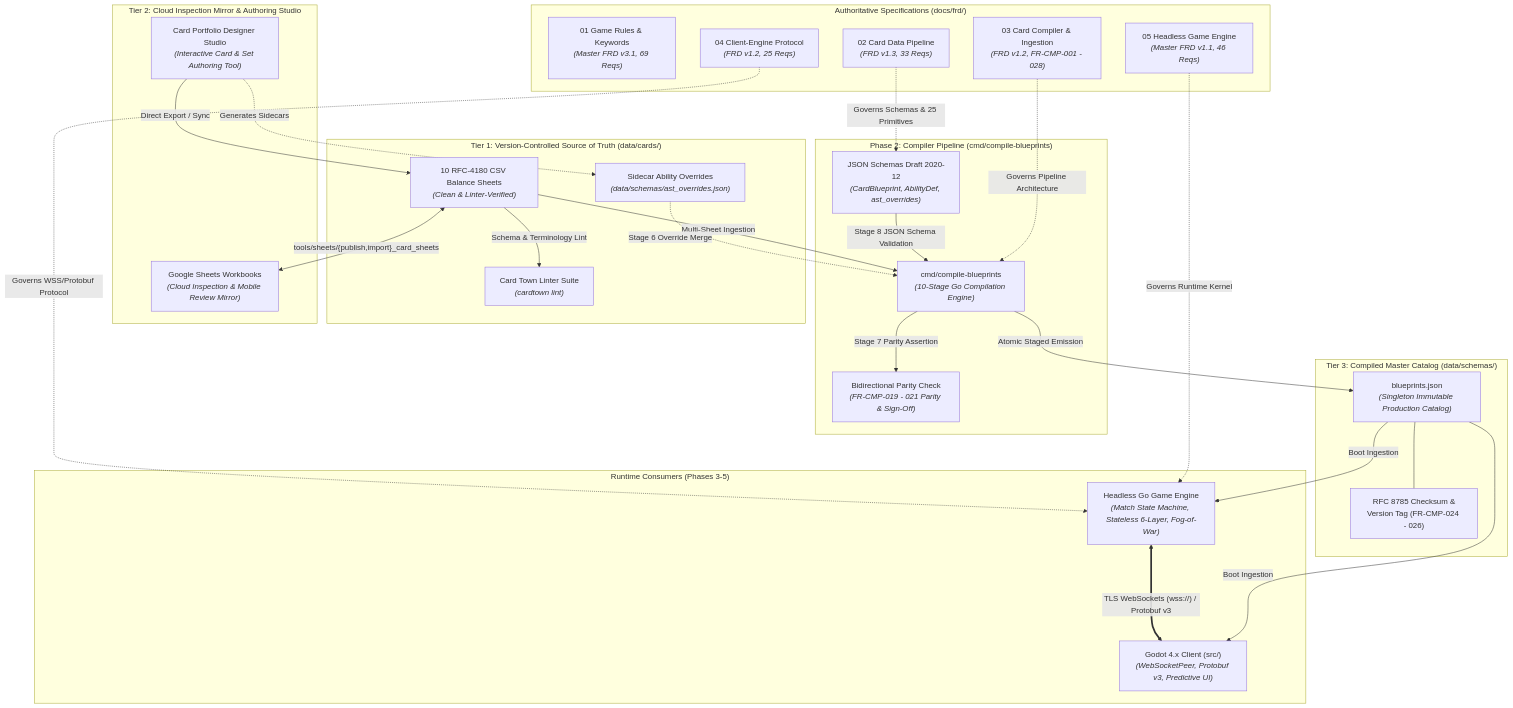
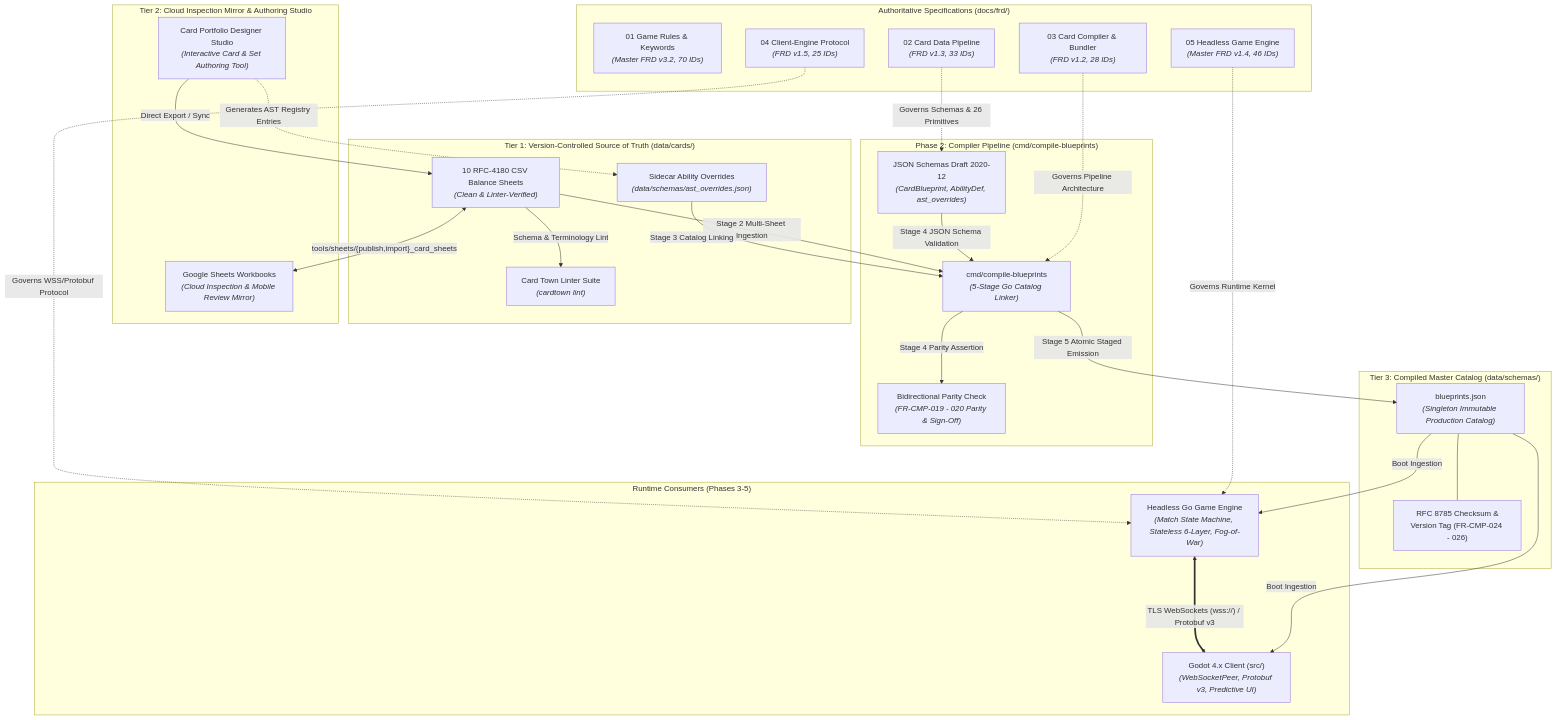
The first of 2 diagrams in docs/PRODUCT_SUMMARY.md (hailstorm01/animus-mundi), drawn with Mermaid before and after one commit. The commit also changed other lines of this file, not shown here.

First line of the commit message:
docs(product): sync product summary with FRDs 01-05 via pm-frd-drafter analysis

````diff
--- a/docs/PRODUCT_SUMMARY.md
+++ b/docs/PRODUCT_SUMMARY.md
@@ -124,55 +129,55 @@
 ```mermaid
 flowchart TD
     subgraph Tier1["Tier 1: Version-Controlled Source of Truth (data/cards/)"]
         CSV["10 RFC-4180 CSV Balance Sheets<br/><i>(Clean & Linter-Verified)</i>"]
         Overrides["Sidecar Ability Overrides<br/><i>(data/schemas/ast_overrides.json)</i>"]
         LinterSuite["Card Town Linter Suite<br/><i>(cardtown lint)</i>"]
     end
 
     subgraph Tier2["Tier 2: Cloud Inspection Mirror & Authoring Studio"]
         GS["Google Sheets Workbooks<br/><i>(Cloud Inspection & Mobile Review Mirror)</i>"]
         Studio["Card Portfolio Designer Studio<br/><i>(Interactive Card & Set Authoring Tool)</i>"]
     end
 
     subgraph Specs["Authoritative Specifications (docs/frd/)"]
-        FRD_Rules["01 Game Rules & Keywords<br/><i>(Master FRD v3.1, 69 Reqs)</i>"]
-        FRD_Pipe["02 Card Data Pipeline<br/><i>(FRD v1.3, 33 Reqs)</i>"]
-        FRD_Comp["03 Card Compiler & Ingestion<br/><i>(FRD v1.2, FR-CMP-001 - 028)</i>"]
-        FRD_Net["04 Client-Engine Protocol<br/><i>(FRD v1.2, 25 Reqs)</i>"]
-        FRD_Eng["05 Headless Game Engine<br/><i>(Master FRD v1.1, 46 Reqs)</i>"]
+        FRD_Rules["01 Game Rules & Keywords<br/><i>(Master FRD v3.2, 70 IDs)</i>"]
+        FRD_Pipe["02 Card Data Pipeline<br/><i>(FRD v1.3, 33 IDs)</i>"]
+        FRD_Comp["03 Card Compiler & Bundler<br/><i>(FRD v1.2, 28 IDs)</i>"]
+        FRD_Net["04 Client-Engine Protocol<br/><i>(FRD v1.5, 25 IDs)</i>"]
+        FRD_Eng["05 Headless Game Engine<br/><i>(Master FRD v1.4, 46 IDs)</i>"]
     end
 
     subgraph Compiler["Phase 2: Compiler Pipeline (cmd/compile-blueprints)"]
-        Pipeline["cmd/compile-blueprints<br/><i>(10-Stage Go Compilation Engine)</i>"]
+        Pipeline["cmd/compile-blueprints<br/><i>(5-Stage Go Catalog Linker)</i>"]
         Schemas["JSON Schemas Draft 2020-12<br/><i>(CardBlueprint, AbilityDef, ast_overrides)</i>"]
-        Parity["Bidirectional Parity Check<br/><i>(FR-CMP-019 - 021 Parity & Sign-Off)</i>"]
+        Parity["Bidirectional Parity Check<br/><i>(FR-CMP-019 - 020 Parity & Sign-Off)</i>"]
     end
 
     subgraph Tier3["Tier 3: Compiled Master Catalog (data/schemas/)"]
         MasterJSON["blueprints.json<br/><i>(Singleton Immutable Production Catalog)</i>"]
         Fingerprint["RFC 8785 Checksum &<br/>Version Tag (FR-CMP-024 - 026)"]
     end
 
     subgraph Runtime["Runtime Consumers (Phases 3-5)"]
         Server["Headless Go Game Engine<br/><i>(Match State Machine, Stateless 6-Layer, Fog-of-War)</i>"]
         Client["Godot 4.x Client (src/)<br/><i>(WebSocketPeer, Protobuf v3, Predictive UI)</i>"]
     end
 
     CSV <-->|"tools/sheets/{publish,import}_card_sheets"| GS
     Studio -->|"Direct Export / Sync"| CSV
-    Studio -.->|"Generates Sidecars"| Overrides
+    Studio -.->|"Generates AST Registry Entries"| Overrides
     CSV -->|"Schema & Terminology Lint"| LinterSuite
-    CSV -->|"Multi-Sheet Ingestion"| Pipeline
-    Overrides -.->|"Stage 6 Override Merge"| Pipeline
-    FRD_Pipe -.->|"Governs Schemas & 25 Primitives"| Schemas
+    CSV -->|"Stage 2 Multi-Sheet Ingestion"| Pipeline
+    Overrides -->|"Stage 3 Catalog Linking"| Pipeline
+    FRD_Pipe -.->|"Governs Schemas & 26 Primitives"| Schemas
     FRD_Comp -.->|"Governs Pipeline Architecture"| Pipeline
     FRD_Eng -.->|"Governs Runtime Kernel"| Server
     FRD_Net -.->|"Governs WSS/Protobuf Protocol"| Server
-    Schemas -->|"Stage 8 JSON Schema Validation"| Pipeline
-    Pipeline -->|"Stage 7 Parity Assertion"| Parity
-    Pipeline -->|"Atomic Staged Emission"| MasterJSON
+    Schemas -->|"Stage 4 JSON Schema Validation"| Pipeline
+    Pipeline -->|"Stage 4 Parity Assertion"| Parity
+    Pipeline -->|"Stage 5 Atomic Staged Emission"| MasterJSON
     MasterJSON --- Fingerprint
     MasterJSON -->|"Boot Ingestion"| Server
     MasterJSON -->|"Boot Ingestion"| Client
     Server <===>|"TLS WebSockets (wss://) / Protobuf v3"| Client
 ```
````
